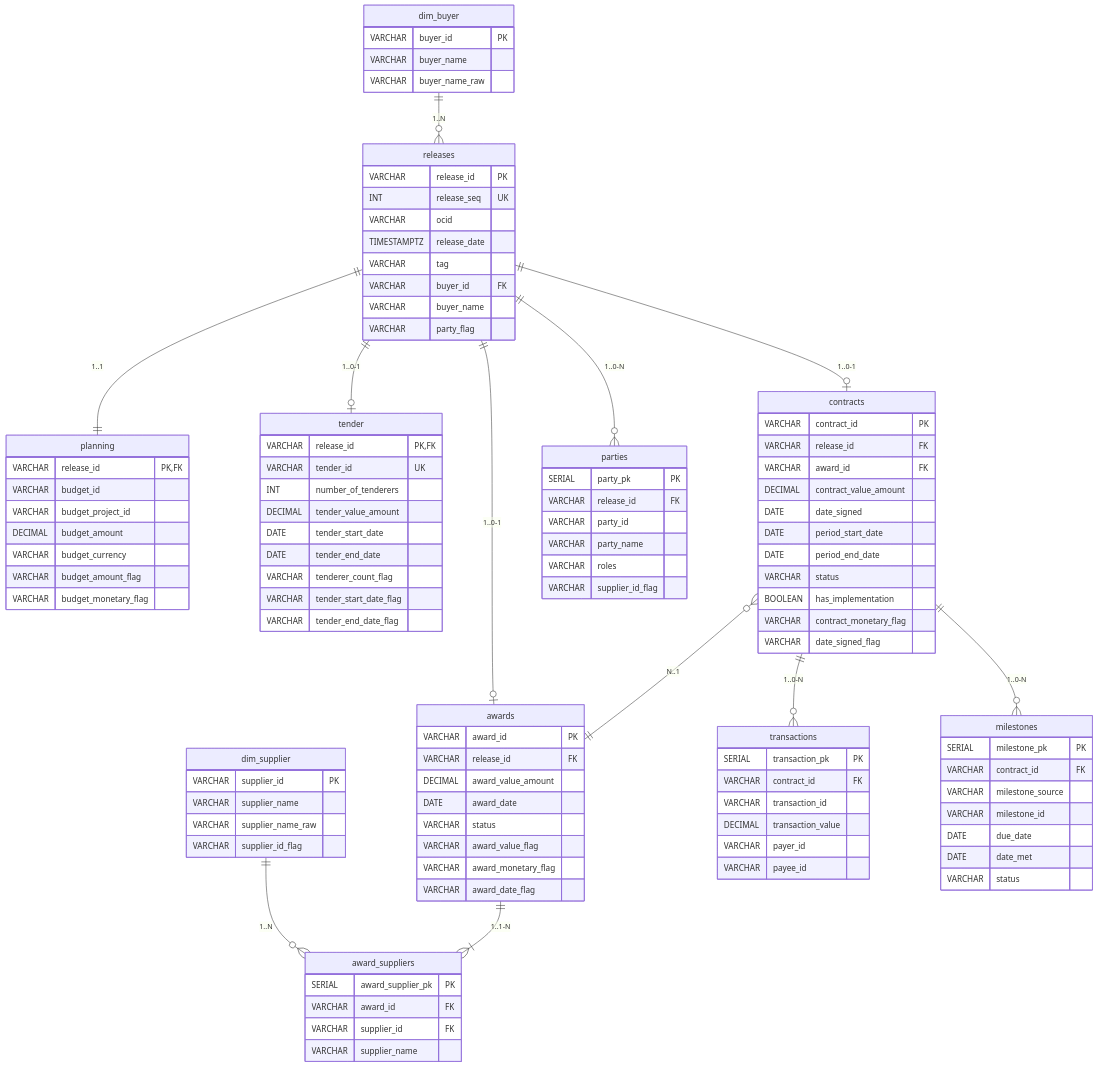
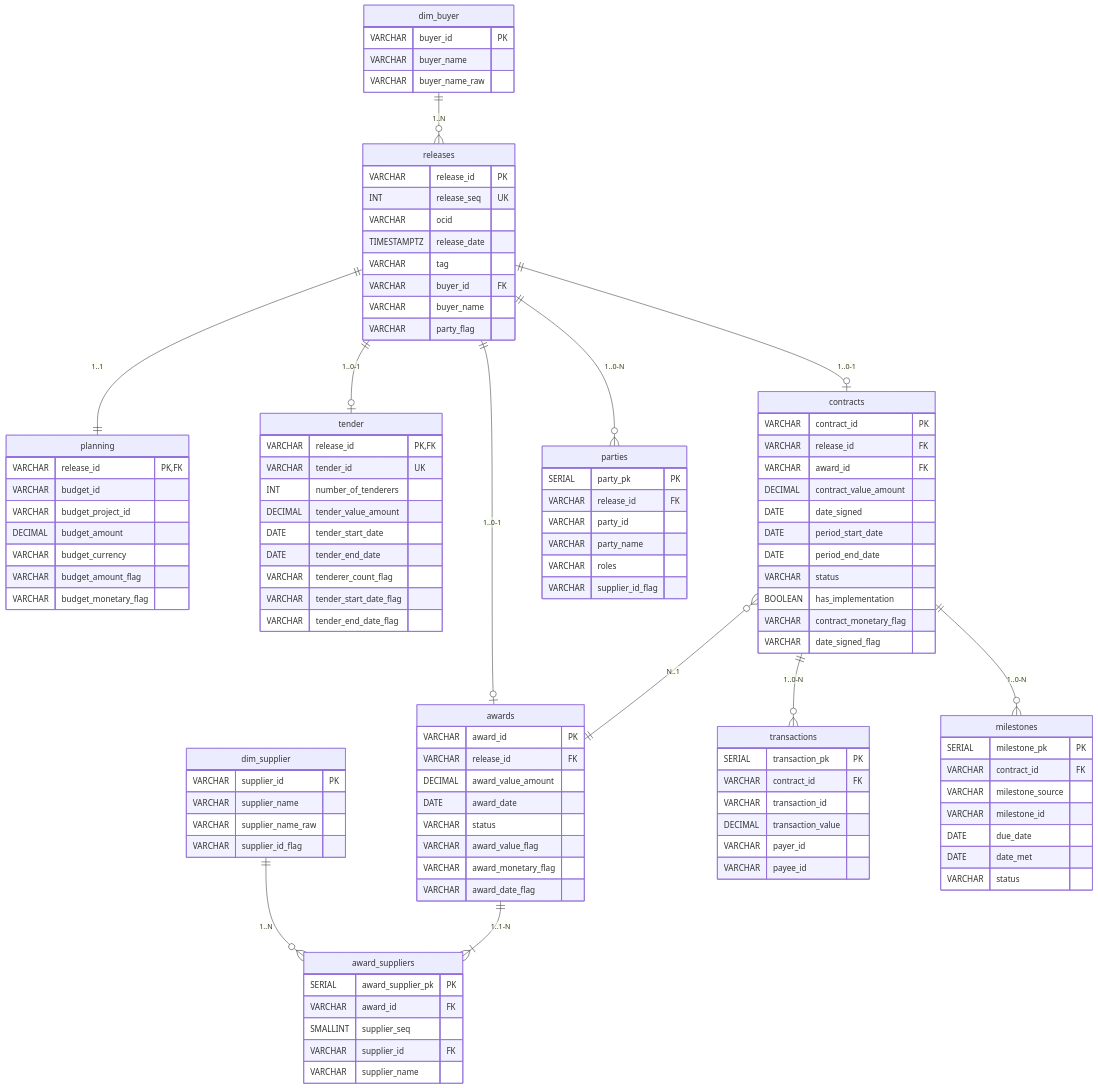
One commit to kene-obiekwe/nigeria-public-procurement-intelligence changed the diagram in diagrams/erd/nocopo_erd.md. Above: the diagram before and after it, drawn with Mermaid. The commit also changed 8 other files, not shown here.

First line of the commit message:
feat(phase5): implement staging database schema and load raw JSON

```diff
--- a/diagrams/erd/nocopo_erd.md
+++ b/diagrams/erd/nocopo_erd.md
@@ -68,6 +68,7 @@
     award_suppliers {
         SERIAL award_supplier_pk PK
         VARCHAR award_id FK
+        SMALLINT supplier_seq
         VARCHAR supplier_id FK
         VARCHAR supplier_name
     }
```
